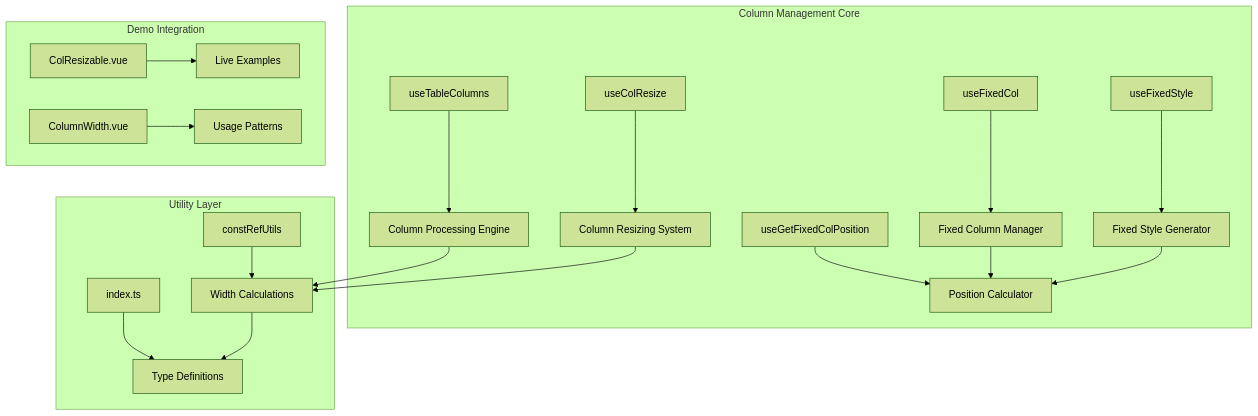
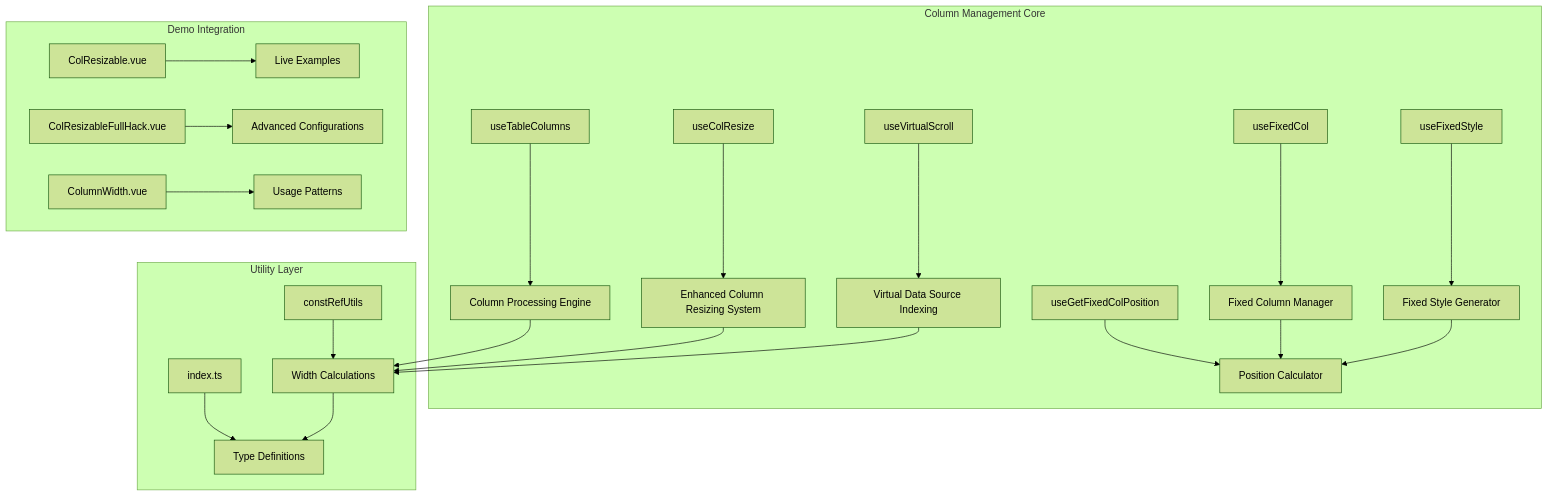
Before and after one commit to ja-plus/stk-table-vue: the first of 7 diagrams in .qoder/repowiki/en/content/Column Management System.md, drawn with Mermaid (forest theme). The commit also changed other lines of this file and 3 other files, not shown here.

````diff
--- a/.qoder/repowiki/en/content/Column Management System.md
+++ b/.qoder/repowiki/en/content/Column Management System.md
@@ -39,23 +49,26 @@
 ```mermaid
 graph TB
 subgraph "Column Management Core"
 A[useTableColumns] --> B[Column Processing Engine]
-C[useColResize] --> D[Column Resizing System]
+C[useColResize] --> D[Enhanced Column Resizing System]
 E[useFixedCol] --> F[Fixed Column Manager]
 G[useFixedStyle] --> H[Fixed Style Generator]
 I[useGetFixedColPosition] --> J[Position Calculator]
+K[useVirtualScroll] --> L[Virtual Data Source Indexing]
 end
 subgraph "Utility Layer"
-K[constRefUtils] --> L[Width Calculations]
-M[index.ts] --> N[Type Definitions]
+M[constRefUtils] --> N[Width Calculations]
+O[index.ts] --> P[Type Definitions]
 end
 subgraph "Demo Integration"
-O[ColResizable.vue] --> P[Live Examples]
-Q[ColumnWidth.vue] --> R[Usage Patterns]
+Q[ColResizable.vue] --> R[Live Examples]
+S[ColResizableFullHack.vue] --> T[Advanced Configurations]
+U[ColumnWidth.vue] --> V[Usage Patterns]
 end
-B --> L
-D --> L
+B --> N
+D --> N
 F --> J
 H --> J
 L --> N
+N --> P
 ```
````
